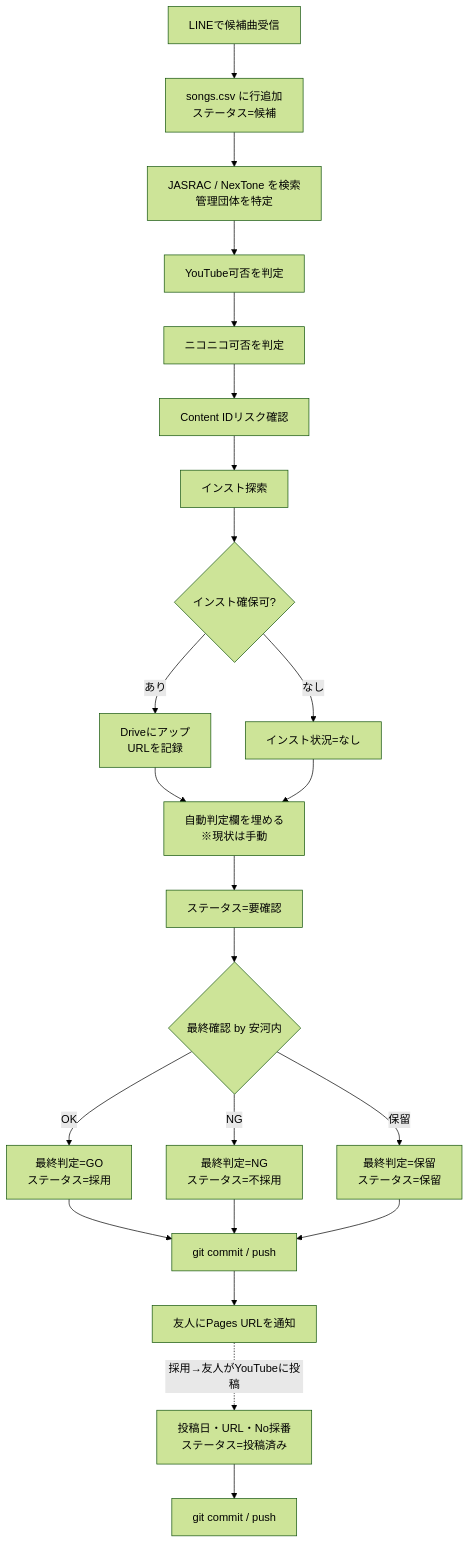
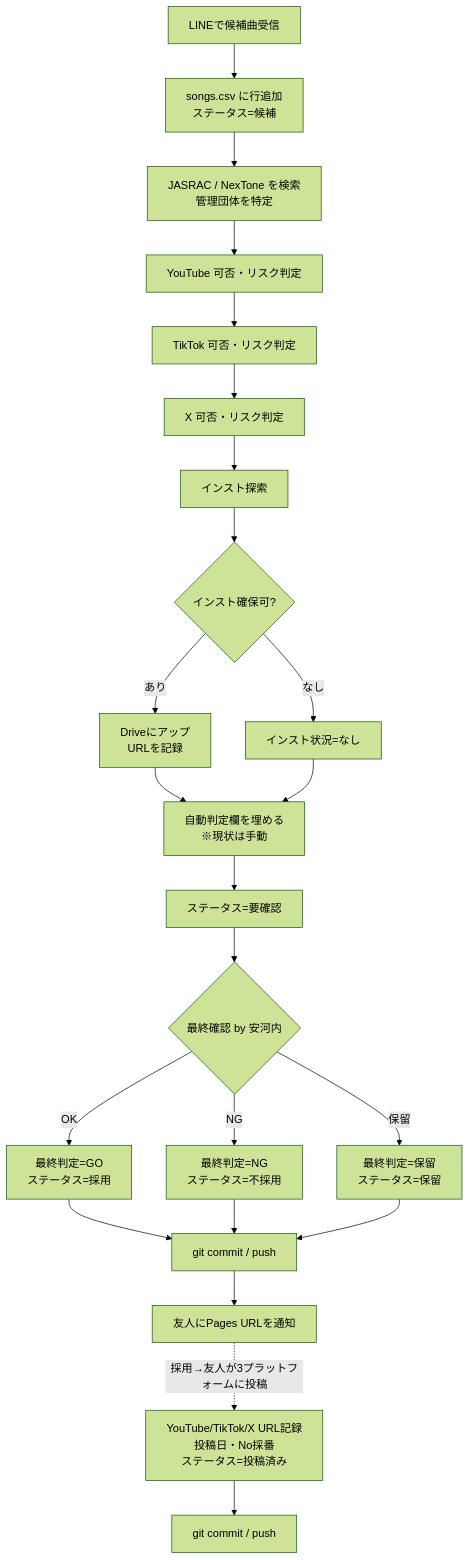
Before and after one commit to makotize-dev/youtube-support: the diagram in docs/workflow.md, drawn with Mermaid (forest theme). The commit also changed other lines of this file and 2 other files, not shown here.

First line of the commit message:
X / TikTok を投稿先として正式に管理対象に追加

````diff
--- a/docs/workflow.md
+++ b/docs/workflow.md
@@ -38,25 +50,25 @@
 ```mermaid
 flowchart TD
     A[LINEで候補曲受信] --> B[songs.csv に行追加<br/>ステータス=候補]
     B --> C[JASRAC / NexTone を検索<br/>管理団体を特定]
-    C --> D[YouTube可否を判定]
-    D --> E[ニコニコ可否を判定]
-    E --> F[Content IDリスク確認]
+    C --> D[YouTube 可否・リスク判定]
+    D --> E[TikTok 可否・リスク判定]
+    E --> F[X 可否・リスク判定]
     F --> G[インスト探索]
     G --> H{インスト確保可?}
     H -->|あり| I[Driveにアップ<br/>URLを記録]
     H -->|なし| J[インスト状況=なし]
     I --> K[自動判定欄を埋める<br/>※現状は手動]
     J --> K
     K --> L[ステータス=要確認]
     L --> M{最終確認 by 安河内}
     M -->|OK| N[最終判定=GO<br/>ステータス=採用]
     M -->|NG| O[最終判定=NG<br/>ステータス=不採用]
     M -->|保留| P[最終判定=保留<br/>ステータス=保留]
     N --> Q[git commit / push]
     O --> Q
     P --> Q
     Q --> R[友人にPages URLを通知]
-    R -.採用→友人がYouTubeに投稿.-> S[投稿日・URL・No採番<br/>ステータス=投稿済み]
+    R -.採用→友人が3プラットフォームに投稿.-> S[YouTube/TikTok/X URL記録<br/>投稿日・No採番<br/>ステータス=投稿済み]
     S --> T[git commit / push]
 ```
````
